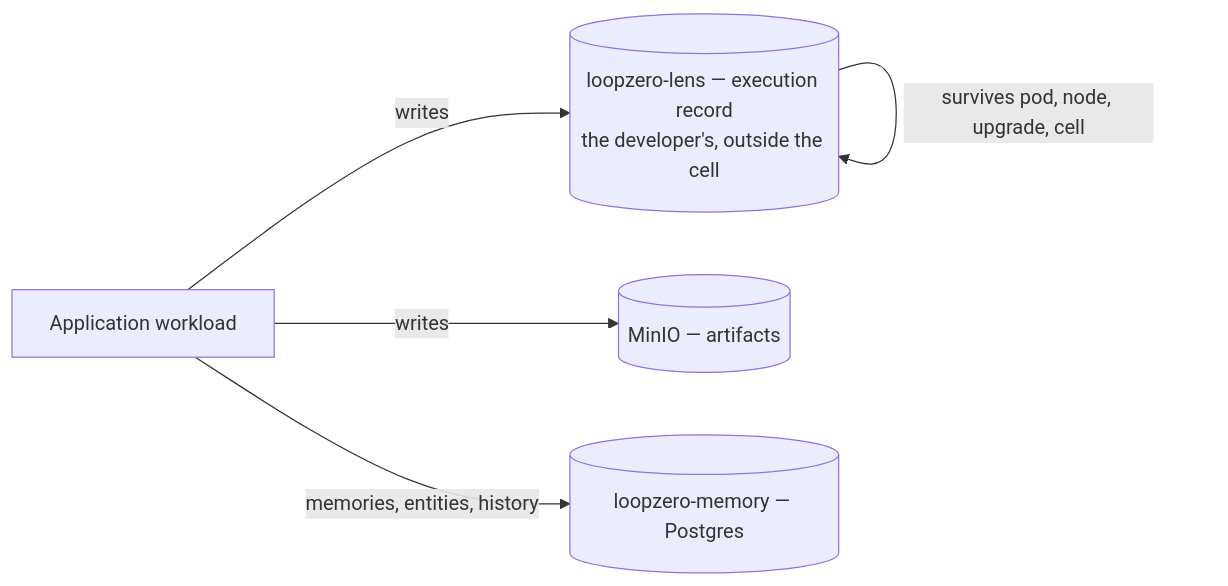
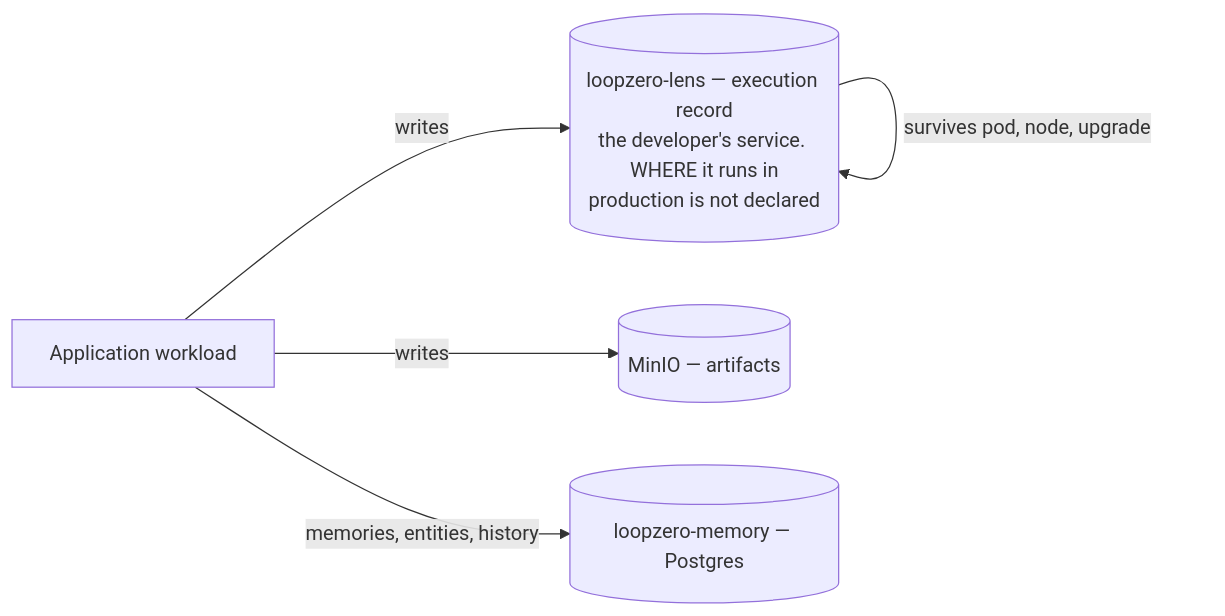
One commit to getloopscale/loop-runtime changed the diagram in .squad/wiki/design/durability.md. Above: the diagram before and after it, drawn with Mermaid. The commit also changed other lines of this file and 1 other file, not shown here.

First line of the commit message:
docs(design): carry the not-established correction into the drawings, not only the prose

````diff
--- a/.squad/wiki/design/durability.md
+++ b/.squad/wiki/design/durability.md
@@ -20,7 +20,7 @@
 ```mermaid
 flowchart LR
-    app[Application workload] -->|writes| lens[(loopzero-lens — execution record<br/>the developer's, outside the cell)]
+    app[Application workload] -->|writes| lens[(loopzero-lens — execution record<br/>the developer's service. WHERE it runs in<br/>production is not declared)]
     app -->|writes| minio[(MinIO — artifacts)]
-    lens -->|survives pod, node, upgrade, cell| lens
+    lens -->|survives pod, node, upgrade| lens
     app -->|"memories, entities, history"| mem[("loopzero-memory — Postgres")]
 ```
````
